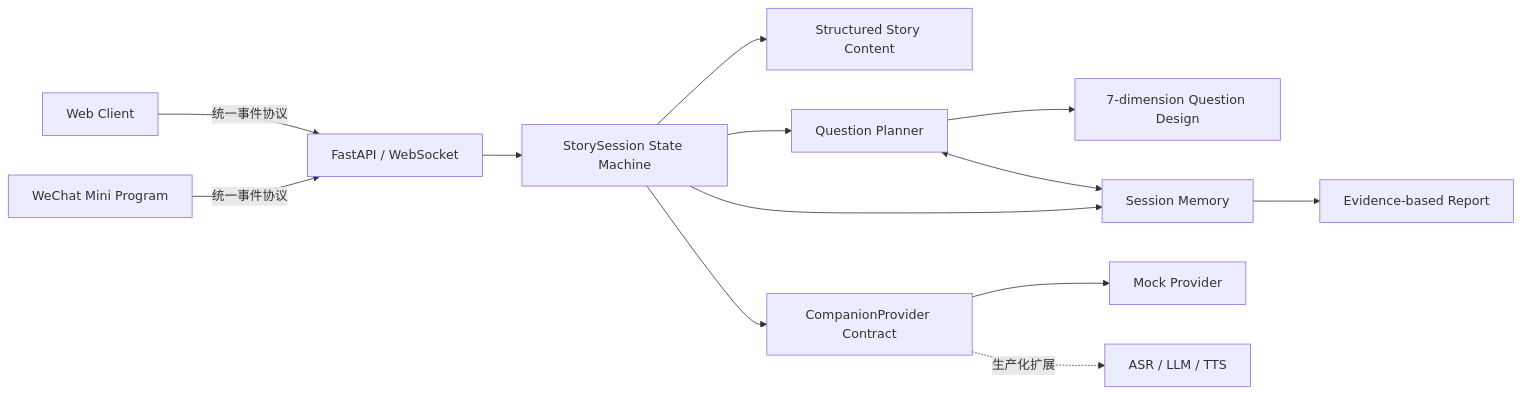
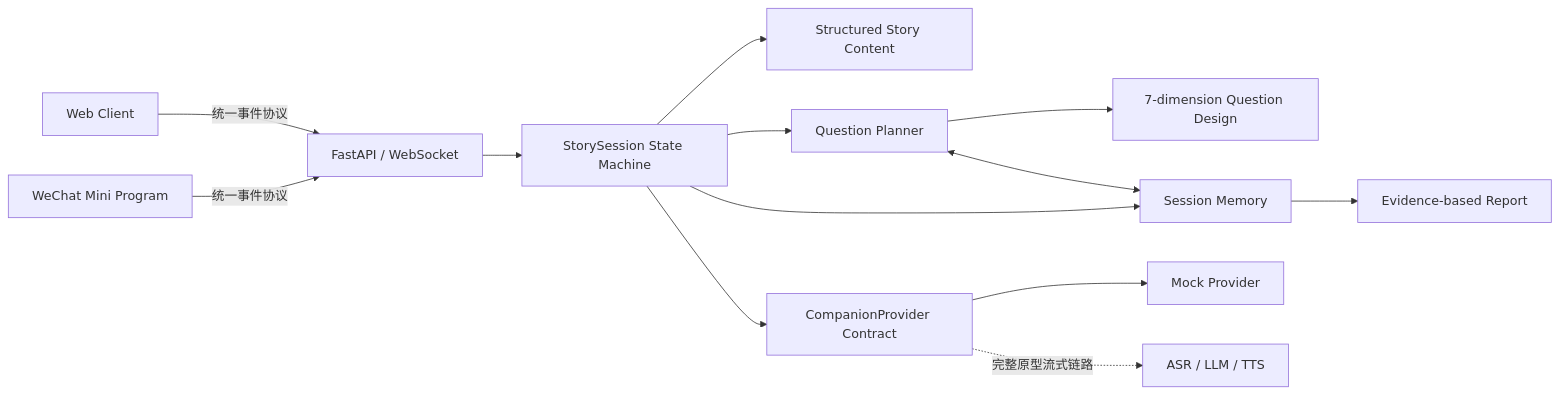
Before and after one commit to et79lee-cell/storypal-ai-reading-companion: the diagram in README.md, drawn with Mermaid. The commit also changed other lines of this file and 3 other files, not shown here.

Commit message:
docs: explain educational value and streaming architecture

````diff
--- a/README.md
+++ b/README.md
@@ -100,15 +130,15 @@
 ```mermaid
 flowchart LR
   W[Web Client] -->|统一事件协议| G[FastAPI / WebSocket]
   M[WeChat Mini Program] -->|统一事件协议| G
   G --> E[StorySession State Machine]
   E --> C[Structured Story Content]
   E --> Q[Question Planner]
   Q --> D[7-dimension Question Design]
   Q <--> R[Session Memory]
   E --> P[CompanionProvider Contract]
   P --> K[Mock Provider]
-  P -. 生产化扩展 .-> A[ASR / LLM / TTS]
+  P -. 完整原型流式链路 .-> A[ASR / LLM / TTS]
   E --> R
   R --> F[Evidence-based Report]
 ```
````
